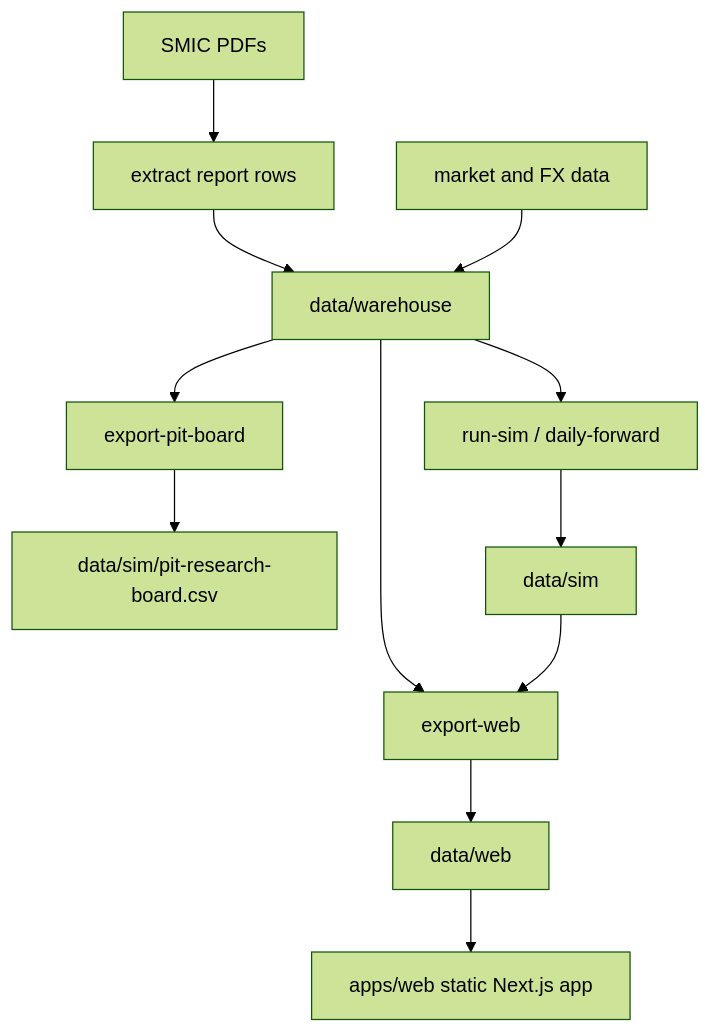
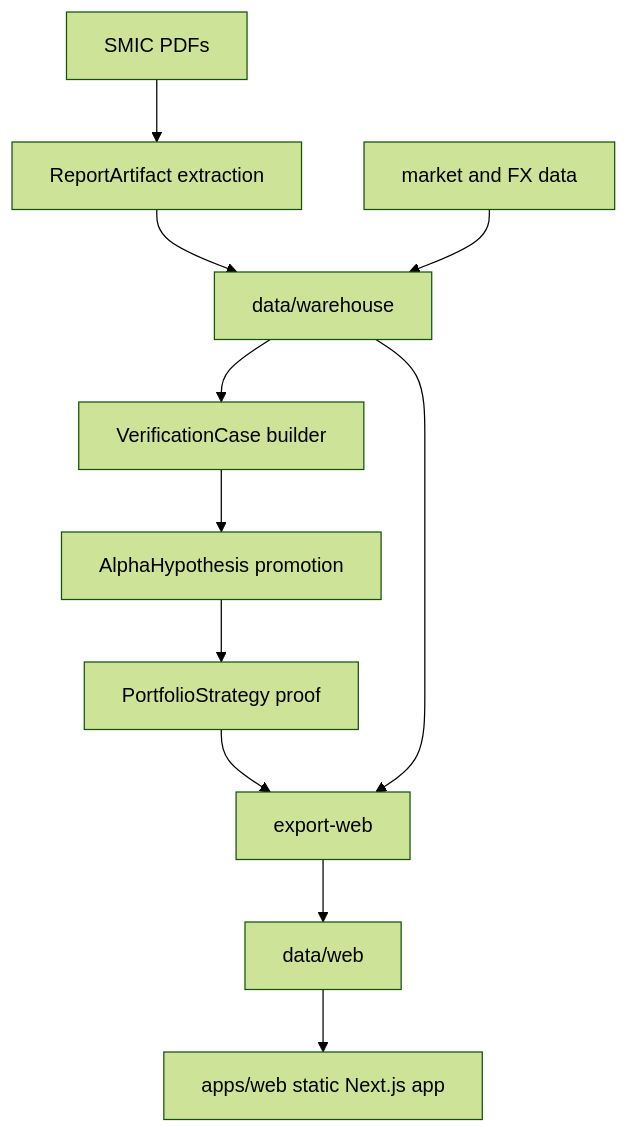
The diagram in README.md (choiinyeol/snusmic-portfolio-lab), drawn with Mermaid (forest theme) before and after one commit. The commit also changed other lines of this file and 149 other files, not shown here.

````diff
--- a/README.md
+++ b/README.md
@@ -87,14 +103,13 @@
 ```mermaid
 flowchart TB
-  PDFs["SMIC PDFs"] --> Extract["extract report rows"]
+  PDFs["SMIC PDFs"] --> Extract["ReportArtifact extraction"]
   Extract --> Warehouse["data/warehouse"]
   Prices["market and FX data"] --> Warehouse
-  Warehouse --> Pit["export-pit-board"]
-  Pit --> PitCsv["data/sim/pit-research-board.csv"]
-  Warehouse --> Sim["run-sim / daily-forward"]
-  Sim --> SimArtifacts["data/sim"]
-  Warehouse --> WebExport["export-web"]
-  SimArtifacts --> WebExport
+  Warehouse --> Cases["VerificationCase builder"]
+  Cases --> Alpha["AlphaHypothesis promotion"]
+  Alpha --> Proof["PortfolioStrategy proof"]
+  Proof --> WebExport["export-web"]
+  Warehouse --> WebExport
   WebExport --> WebData["data/web"]
   WebData --> Next["apps/web static Next.js app"]
 ```
````
